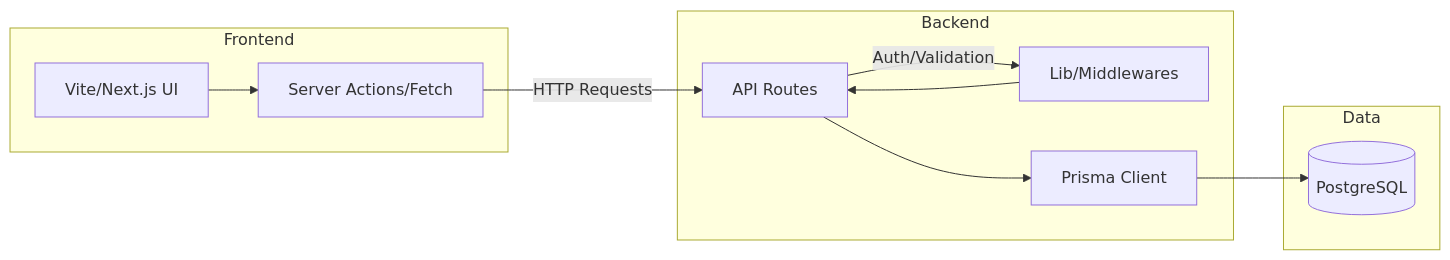
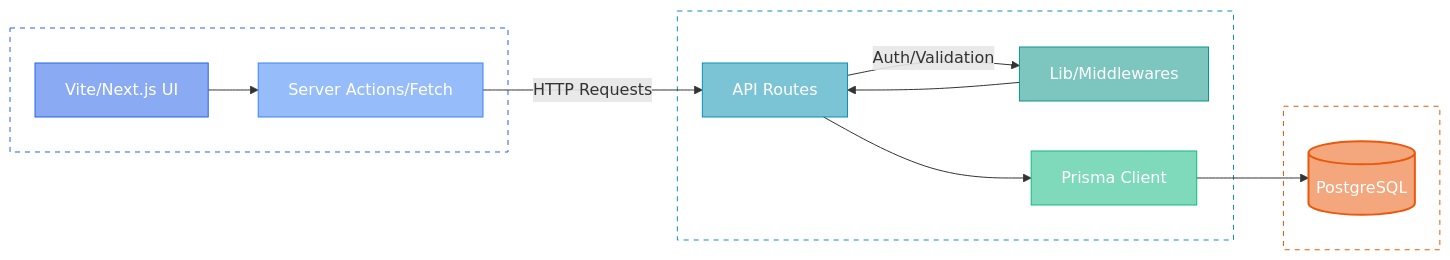
The third of 4 diagrams in README.md (PARTH-JADAV20/ECOSetu), drawn with Mermaid before and after one commit. The commit also changed other lines of this file and 9 other files, not shown here.

````diff
--- a/README.md
+++ b/README.md
@@ -47,24 +108,34 @@
 ```mermaid
 graph LR
-    subgraph Frontend
-        V[Vite/Next.js UI]
-        S[Server Actions/Fetch]
+    subgraph "Frontend"
+        V["Vite/Next.js UI"]
+        S["Server Actions/Fetch"]
     end
     
-    subgraph Backend
-        R[API Routes]
-        L[Lib/Middlewares]
-        P[Prisma Client]
+    subgraph "Backend"
+        R["API Routes"]
+        L["Lib/Middlewares"]
+        P["Prisma Client"]
     end
     
-    subgraph Data
-        DB[(PostgreSQL)]
+    subgraph "Data"
+        DB[("PostgreSQL")]
     end
     
     V --> S
-    S -->|HTTP Requests| R
-    R -->|Auth/Validation| L
+    S -->|"HTTP Requests"| R
+    R -->|"Auth/Validation"| L
     L --> R
     R --> P
     P --> DB
+
+    style V fill:#2563eb88,stroke:#2563eb,stroke-width:1px,color:#fff
+    style S fill:#3b82f688,stroke:#3b82f6,stroke-width:1px,color:#fff
+    style R fill:#0891b288,stroke:#0891b2,stroke-width:1px,color:#fff
+    style L fill:#0d948888,stroke:#0d9488,stroke-width:1px,color:#fff
+    style P fill:#10b98188,stroke:#10b981,stroke-width:1px,color:#fff
+    style DB fill:#ea580c88,stroke:#ea580c,stroke-width:2px,color:#fff
+    style Frontend fill:none,stroke:#2563eb,stroke-dasharray: 5 5,color:#fff
+    style Backend fill:none,stroke:#0891b2,stroke-dasharray: 5 5,color:#fff
+    style Data fill:none,stroke:#ea580c,stroke-dasharray: 5 5,color:#fff
 ```
````
